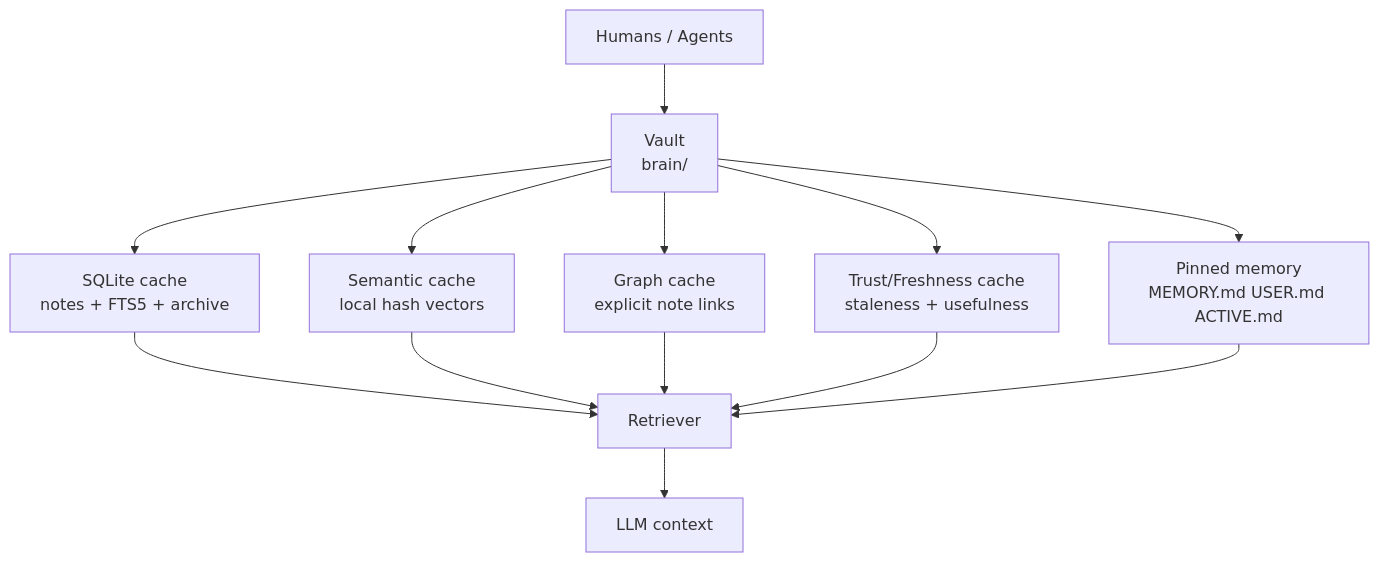
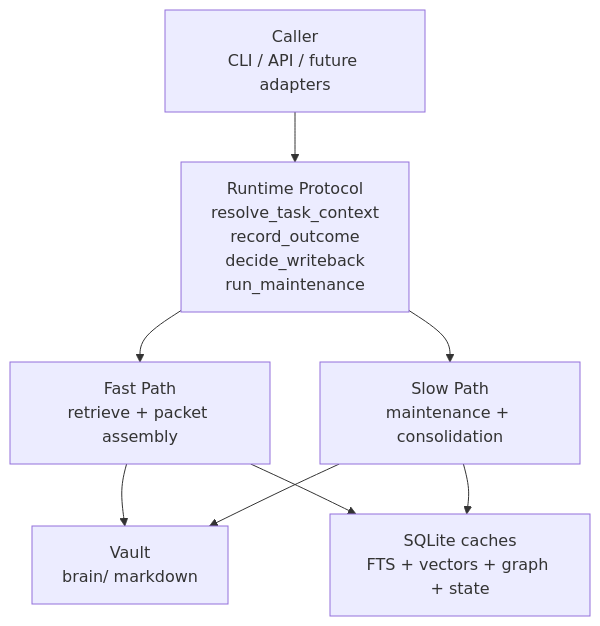
The first of 8 diagrams in README.md (Jianyu010/MnemonicOS), drawn with Mermaid before and after one commit. The commit also changed other lines of this file and 15 other files, not shown here.

````diff
--- a/README.md
+++ b/README.md
@@ -10,15 +17,10 @@
 ```mermaid
 flowchart TD
-    A["Humans / Agents"] --> B["Vault<br/>brain/"]
-    B --> C["SQLite cache<br/>notes + FTS5 + archive"]
-    B --> D["Semantic cache<br/>local hash vectors"]
-    B --> H["Graph cache<br/>explicit note links"]
-    B --> T["Trust/Freshness cache<br/>staleness + usefulness"]
-    C --> E["Retriever"]
+    A["Caller<br/>CLI / API / future adapters"] --> B["Runtime Protocol<br/>resolve_task_context<br/>record_outcome<br/>decide_writeback<br/>run_maintenance"]
+    B --> C["Fast Path<br/>retrieve + packet assembly"]
+    B --> D["Slow Path<br/>maintenance + consolidation"]
+    C --> E["Vault<br/>brain/ markdown"]
+    C --> F["SQLite caches<br/>FTS + vectors + graph + state"]
     D --> E
-    H --> E
-    T --> E
-    B --> F["Pinned memory<br/>MEMORY.md USER.md ACTIVE.md"]
-    F --> E
-    E --> G["LLM context"]
+    D --> F
 ```
````
